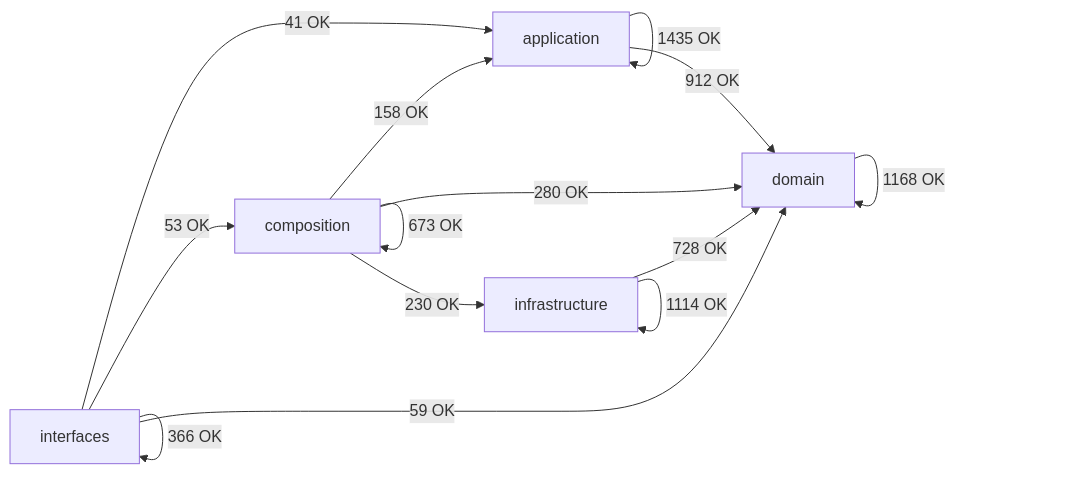
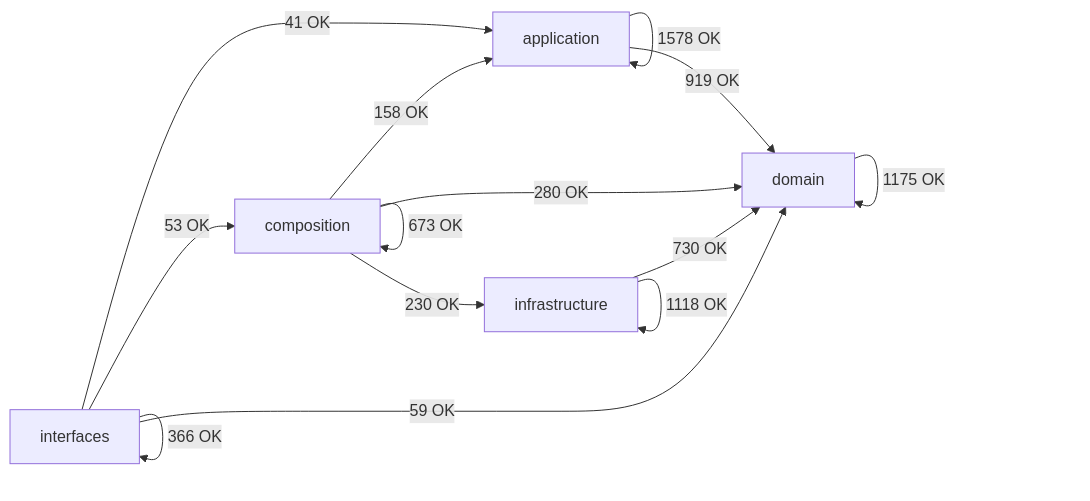
One commit to SatoryKono/BioactivityDataAcquisition changed the diagram in docs/02-architecture/generated/module-dependency-map.md. Above: the diagram before and after it, drawn with Mermaid. The commit also changed other lines of this file and 15 other files, not shown here.

````diff
--- a/docs/02-architecture/generated/module-dependency-map.md
+++ b/docs/02-architecture/generated/module-dependency-map.md
@@ -17,21 +17,21 @@
 ```mermaid
 flowchart LR
     domain[domain]
     application[application]
     infrastructure[infrastructure]
     composition[composition]
     interfaces[interfaces]
-    application -->|1435 OK| application
-    application -->|912 OK| domain
+    application -->|1578 OK| application
+    application -->|919 OK| domain
     composition -->|158 OK| application
     composition -->|673 OK| composition
     composition -->|280 OK| domain
     composition -->|230 OK| infrastructure
-    domain -->|1168 OK| domain
-    infrastructure -->|728 OK| domain
-    infrastructure -->|1114 OK| infrastructure
+    domain -->|1175 OK| domain
+    infrastructure -->|730 OK| domain
+    infrastructure -->|1118 OK| infrastructure
     interfaces -->|41 OK| application
     interfaces -->|53 OK| composition
     interfaces -->|59 OK| domain
     interfaces -->|366 OK| interfaces
 ```
````
